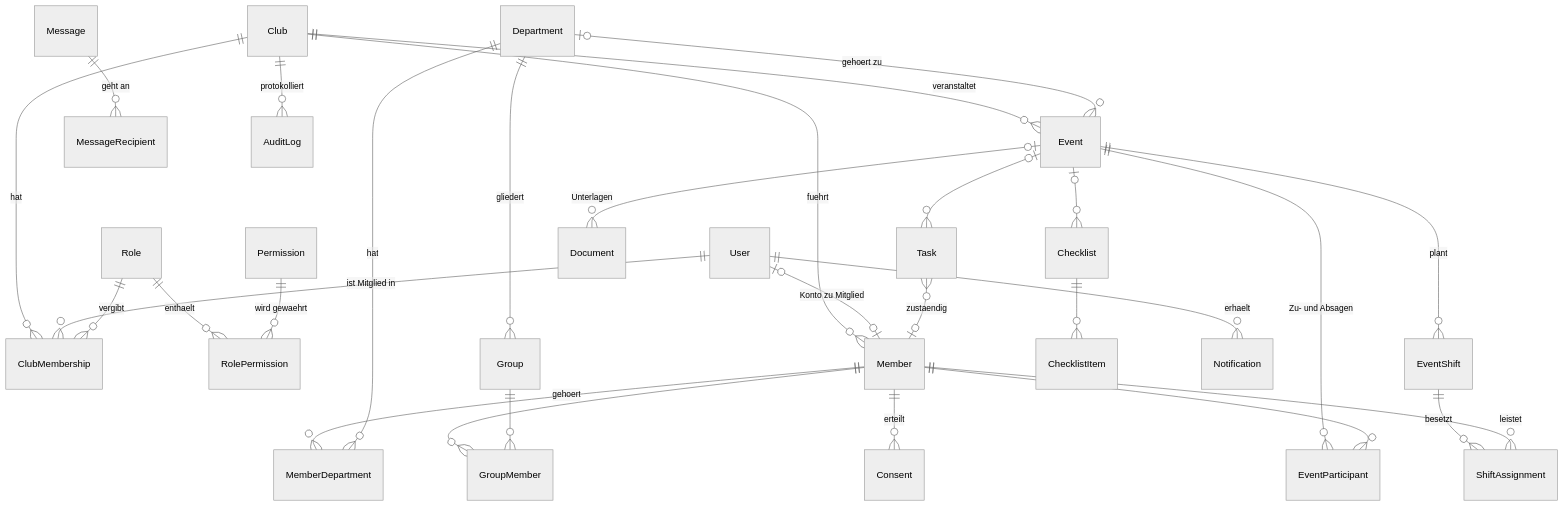
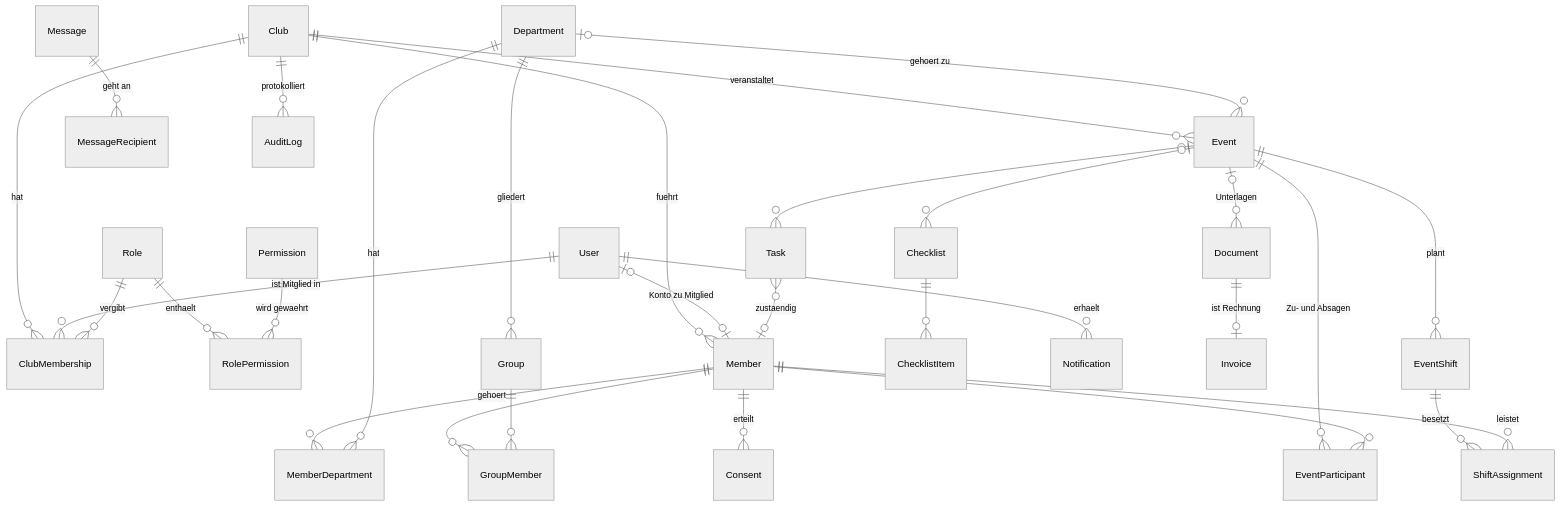
The diagram in docs/DATA_MODEL.md (vereinsflow-cmd/meine-software), drawn with Mermaid (neutral theme) before and after one commit. The commit also changed other lines of this file and 37 other files, not shown here.

````diff
--- a/docs/DATA_MODEL.md
+++ b/docs/DATA_MODEL.md
@@ -19,31 +19,32 @@
 ```mermaid
 erDiagram
     Club ||--o{ ClubMembership : hat
     User ||--o{ ClubMembership : "ist Mitglied in"
     Role ||--o{ ClubMembership : vergibt
     Role ||--o{ RolePermission : enthaelt
     Permission ||--o{ RolePermission : "wird gewaehrt"
     Club ||--o{ Member : fuehrt
     User |o--o| Member : "Konto zu Mitglied"
     Member ||--o{ MemberDepartment : gehoert
     Department ||--o{ MemberDepartment : hat
     Department ||--o{ Group : gliedert
     Member ||--o{ GroupMember : ""
     Group ||--o{ GroupMember : ""
     Member ||--o{ Consent : erteilt
     Club ||--o{ Event : veranstaltet
     Department |o--o{ Event : "gehoert zu"
     Event ||--o{ EventParticipant : "Zu- und Absagen"
     Member ||--o{ EventParticipant : ""
     Event ||--o{ EventShift : plant
     EventShift ||--o{ ShiftAssignment : besetzt
     Member ||--o{ ShiftAssignment : leistet
     Event |o--o{ Task : ""
     Task }o--o| Member : "zustaendig"
     Event |o--o{ Checklist : ""
     Checklist ||--o{ ChecklistItem : ""
     Message ||--o{ MessageRecipient : "geht an"
     User ||--o{ Notification : erhaelt
     Event |o--o{ Document : "Unterlagen"
+    Document ||--o| Invoice : "ist Rechnung"
     Club ||--o{ AuditLog : protokolliert
 ```
````
